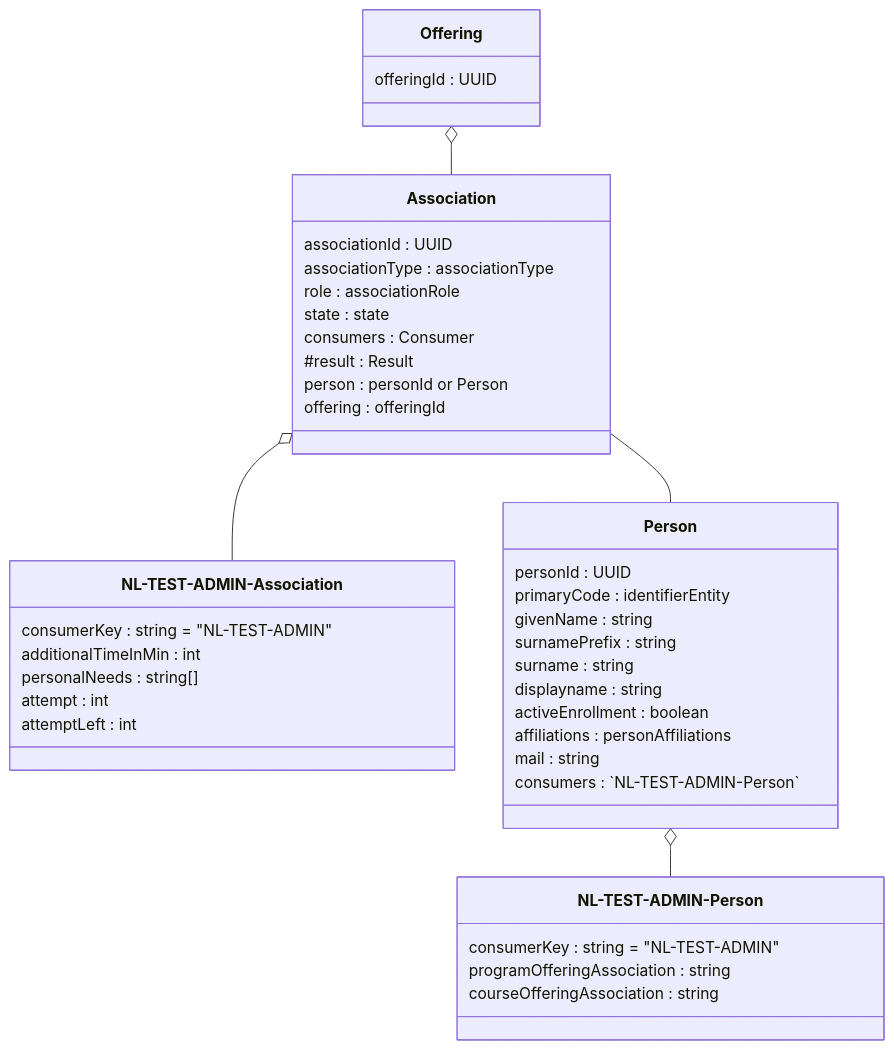
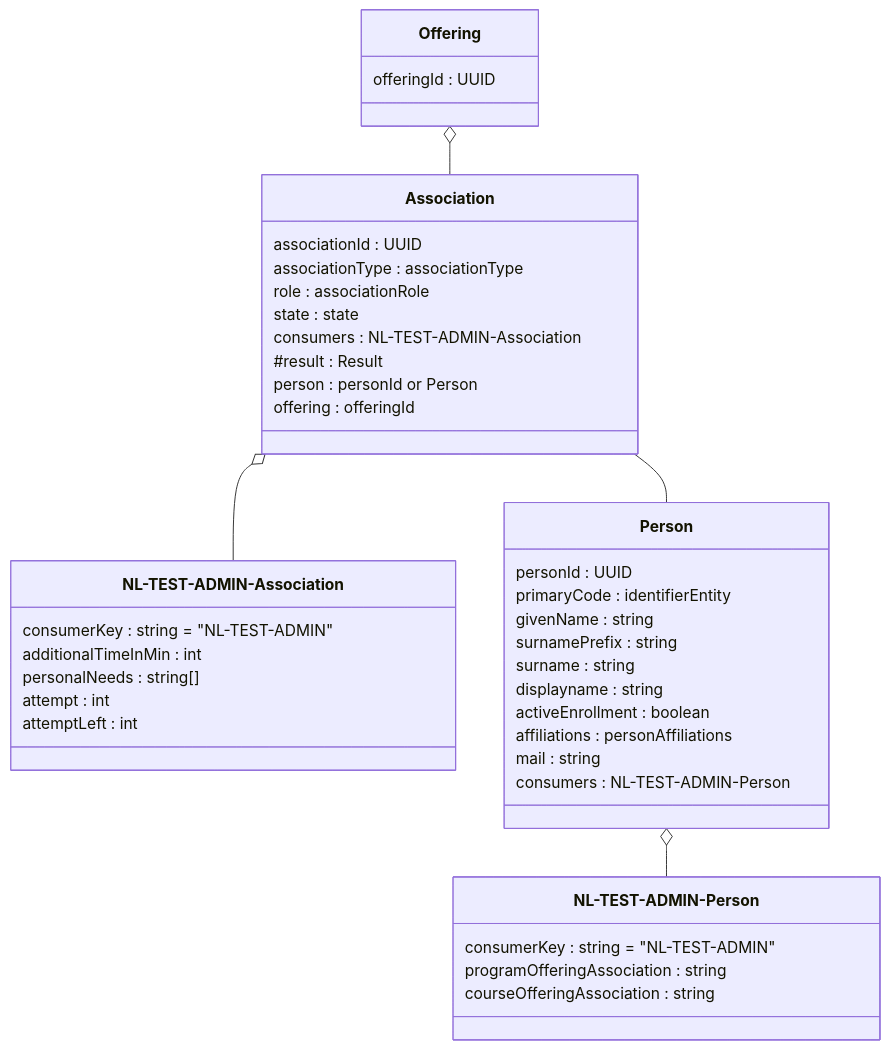
One commit to NetwerkExamineringDigitalisering/NED-OOAPI changed the second of 5 diagrams in doc/flow1.md. Above: the diagram before and after it, drawn with Mermaid. The commit also changed 3 other files, not shown here.

Commit message:
improve for readability class diagrams

````diff
--- a/doc/flow1.md
+++ b/doc/flow1.md
@@ -91,45 +91,45 @@
 ```mermaid
 classDiagram
     class Association {
     	associationId : UUID
         associationType : associationType
         role : associationRole
         state : state
-        consumers : Consumer
+        consumers : NL-TEST-ADMIN-Association
     #	result : Result
         person : personId or Person
         offering : offeringId
     }
     class `NL-TEST-ADMIN-Association` {
     	consumerKey : string = "NL-TEST-ADMIN"
 	    additionalTimeInMin : int
 	    personalNeeds : string[]
         attempt : int
         attemptLeft : int
     }
     class Person {
         personId : UUID
         primaryCode : identifierEntity
         givenName : string
         surnamePrefix : string 
         surname : string
         displayname : string
         activeEnrollment : boolean 
         affiliations : personAffiliations
         mail : string
-    	consumers : `NL-TEST-ADMIN-Person`
+    	consumers : NL-TEST-ADMIN-Person
     }
     class `NL-TEST-ADMIN-Person` {
     	consumerKey : string = "NL-TEST-ADMIN"
 	    programOfferingAssociation : string
 	    courseOfferingAssociation : string
     }
     class Offering {
        offeringId : UUID
     }
     Offering  o-- Association
     Association o-- `NL-TEST-ADMIN-Association`
     Association -- Person
     Person o-- `NL-TEST-ADMIN-Person`
 
 ```
````
